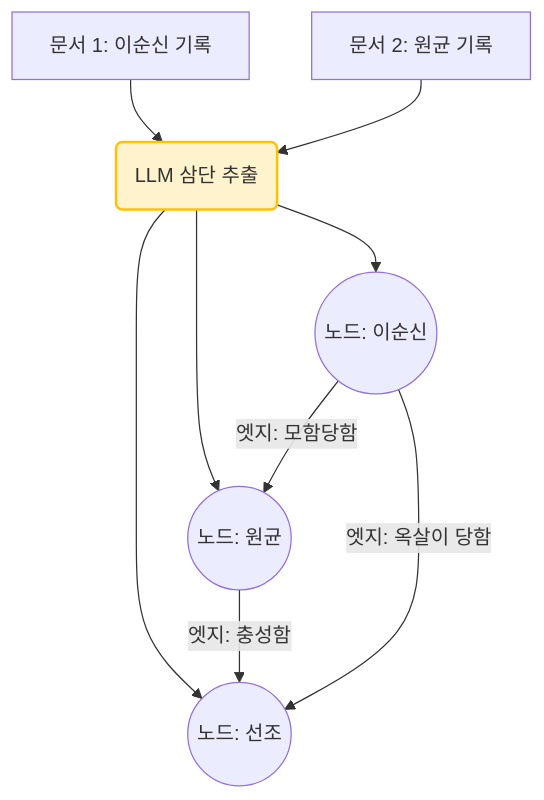
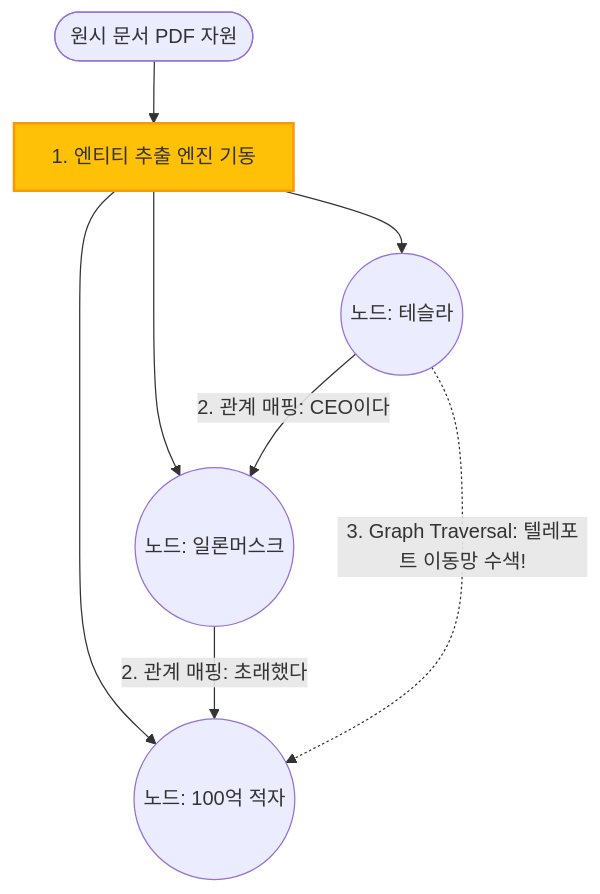
The diagram in week7.md (DaeyeonWon/self-study), drawn with Mermaid before and after one commit. The commit also changed other lines of this file and 8 other files, not shown here.

````diff
--- a/week7.md
+++ b/week7.md
@@ -40,12 +32,11 @@
 ```mermaid
 graph TD
-    DOC1[문서 1: 이순신 기록] --> EX1(LLM 삼단 추출)
-    DOC2[문서 2: 원균 기록] --> EX1
-    EX1 --> N1((노드: 이순신))
-    EX1 --> N2((노드: 원균))
-    EX1 --> N3((노드: 선조))
-    N1 -- "엣지: 모함당함" --> N2
-    N2 -- "엣지: 충성함" --> N3
-    N1 -- "엣지: 옥살이 당함" --> N3
-    style EX1 fill:#fff3cd,stroke:#ffc107,stroke-width:2px
+    DOC([원시 문서 PDF 자원]) --> EXT[1. 엔티티 추출 엔진 기동]
+    EXT --> N1((노드: 테슬라))
+    EXT --> N2((노드: 일론머스크))
+    EXT --> N3((노드: 100억 적자))
+    N1 -- "2. 관계 매핑: CEO이다" --> N2
+    N2 -- "2. 관계 매핑: 초래했다" --> N3
+    N1 -. "3. Graph Traversal: 텔레포트 이동망 수색! " .-> N3
+    style EXT fill:#ffc107,stroke:#ff9800,stroke-width:2px
 ```
````
